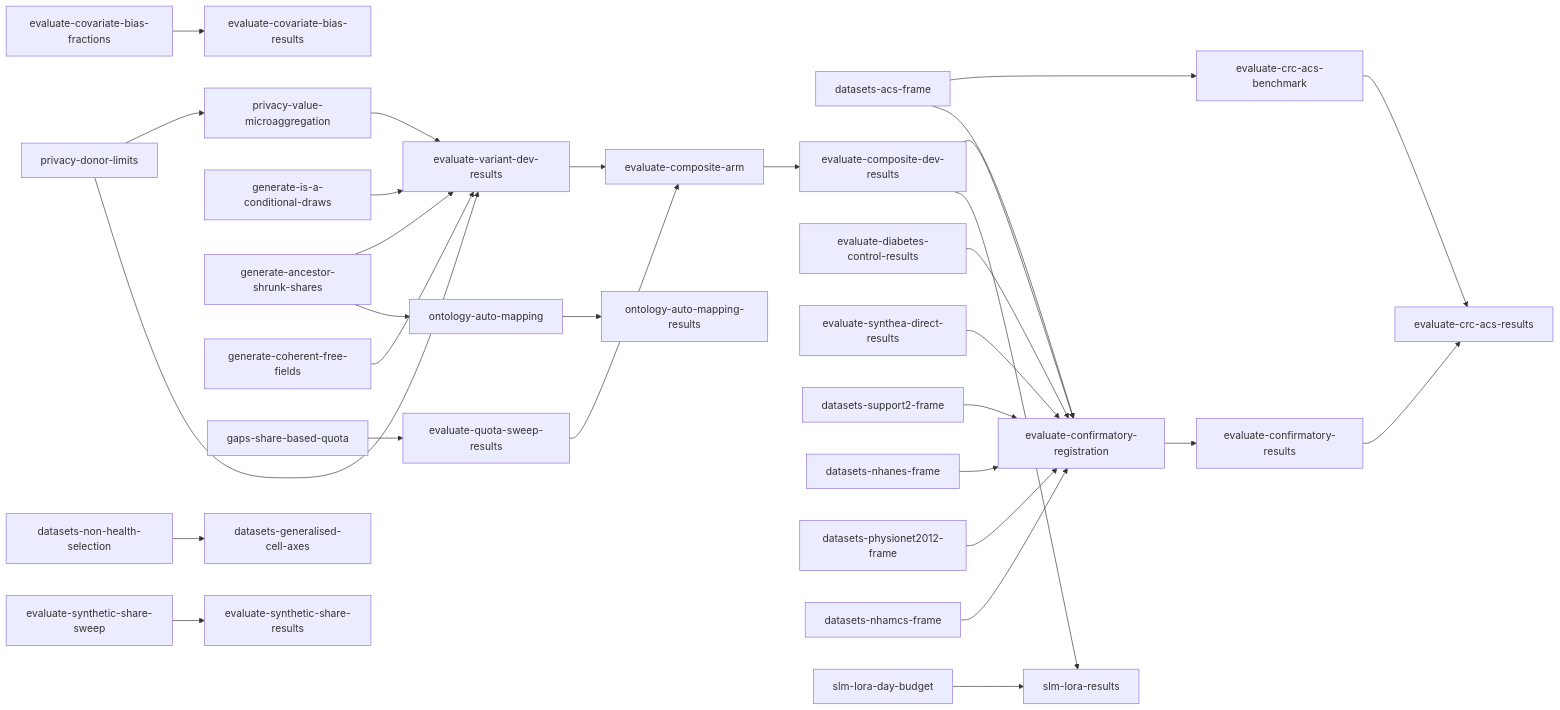
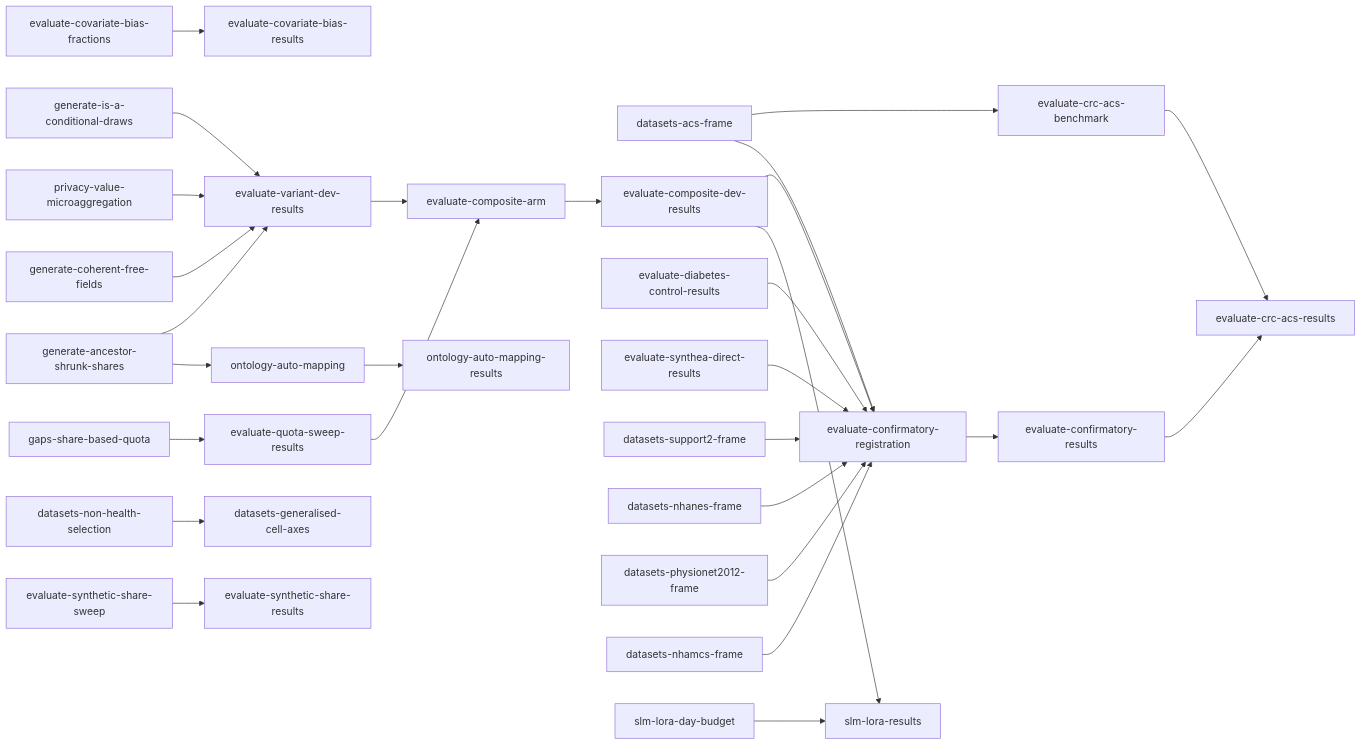
Before and after one commit to joe-dartmouth/synthetic: the diagram in tasks/direct-index.md, drawn with Mermaid. The commit also changed other lines of this file and 29 other files, not shown here.

````diff
--- a/tasks/direct-index.md
+++ b/tasks/direct-index.md
@@ -74,32 +73,30 @@
 ```mermaid
 flowchart LR
     u37[evaluate-covariate-bias-fractions] --> u38[evaluate-covariate-bias-results]
-    u15[privacy-donor-limits] --> u16[privacy-value-microaggregation]
     u11[generate-is-a-conditional-draws] --> u19[evaluate-variant-dev-results]
     u13[generate-ancestor-shrunk-shares] --> u19
-    u15 --> u19
-    u16 --> u19
+    u16[privacy-value-microaggregation] --> u19
     u17[generate-coherent-free-fields] --> u19
     u20[gaps-share-based-quota] --> u21[evaluate-quota-sweep-results]
     u27[datasets-acs-frame] --> u41[evaluate-crc-acs-benchmark]
     u49[datasets-non-health-selection] --> u50[datasets-generalised-cell-axes]
     u19 --> u28[evaluate-composite-arm]
     u21 --> u28
     u28 --> u29[evaluate-composite-dev-results]
     u7[evaluate-diabetes-control-results] --> u30[evaluate-confirmatory-registration]
     u8[evaluate-synthea-direct-results] --> u30
     u45[evaluate-synthetic-share-sweep] --> u46[evaluate-synthetic-share-results]
     u25[datasets-support2-frame] --> u30
     u26[datasets-nhanes-frame] --> u30
     u27 --> u30
     u47[datasets-physionet2012-frame] --> u30
     u48[datasets-nhamcs-frame] --> u30
     u29 --> u30
     u30 --> u31[evaluate-confirmatory-results]
     u41 --> u42[evaluate-crc-acs-results]
     u31 --> u42
     u13 --> u32[ontology-auto-mapping]
     u32 --> u33[ontology-auto-mapping-results]
     u29 --> u36[slm-lora-results]
     u51[slm-lora-day-budget] --> u36
 ```
````
